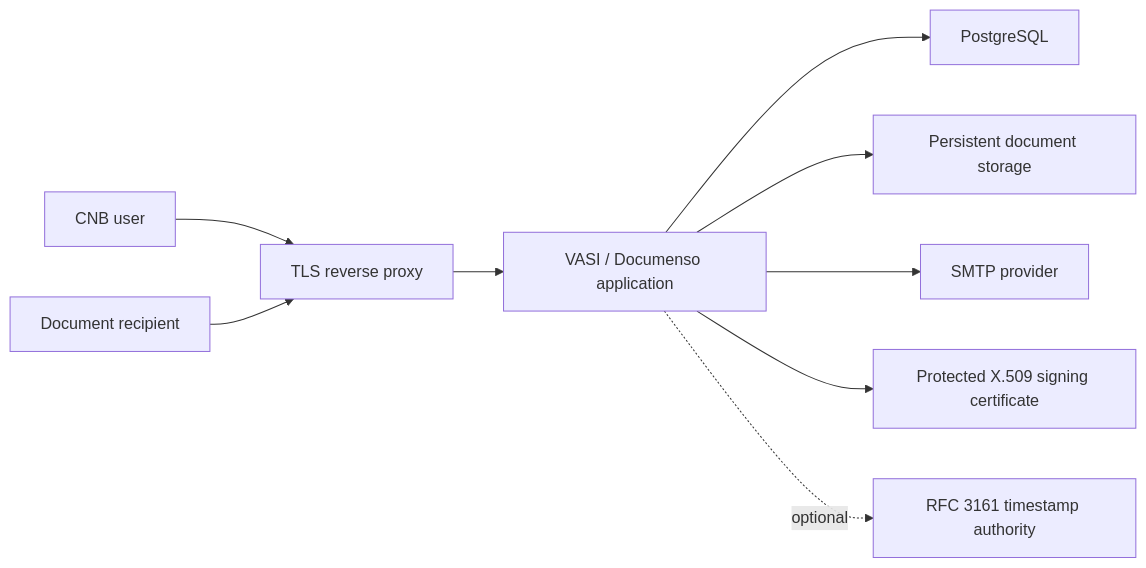
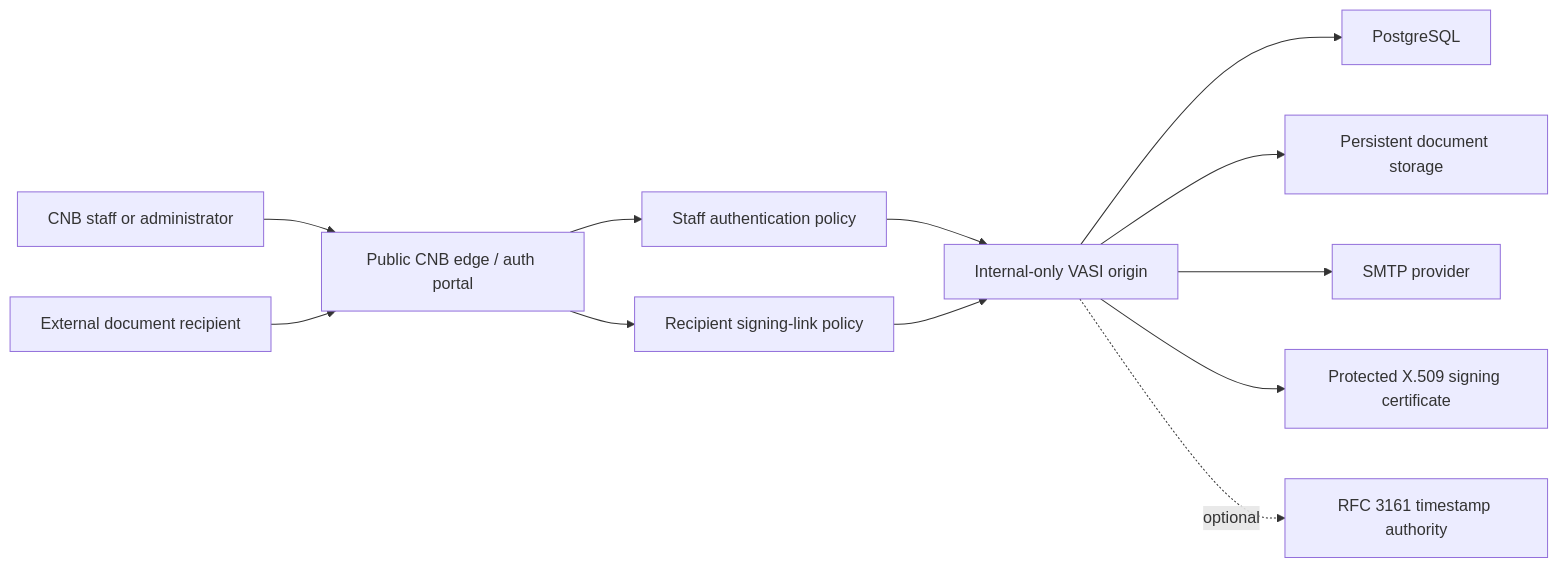
One commit to AznIronMan/VASI changed the diagram in docs/architecture.md. Above: the diagram before and after it, drawn with Mermaid. The commit also changed other lines of this file and 9 other files, not shown here.

Commit message:
Document edge auth and private VASI origin

````diff
--- a/docs/architecture.md
+++ b/docs/architecture.md
@@ -6,11 +6,14 @@
 ```mermaid
 flowchart LR
-  User["CNB user"] --> Proxy["TLS reverse proxy"]
-  Signer["Document recipient"] --> Proxy
-  Proxy --> App["VASI / Documenso application"]
-  App --> DB["PostgreSQL"]
-  App --> Store["Persistent document storage"]
-  App --> SMTP["SMTP provider"]
-  App --> Cert["Protected X.509 signing certificate"]
-  App -. optional .-> TSA["RFC 3161 timestamp authority"]
+  Staff["CNB staff or administrator"] --> Edge["Public CNB edge / auth portal"]
+  Signer["External document recipient"] --> Edge
+  Edge --> StaffPolicy["Staff authentication policy"]
+  Edge --> SignerPolicy["Recipient signing-link policy"]
+  StaffPolicy --> Origin["Internal-only VASI origin"]
+  SignerPolicy --> Origin
+  Origin --> DB["PostgreSQL"]
+  Origin --> Store["Persistent document storage"]
+  Origin --> SMTP["SMTP provider"]
+  Origin --> Cert["Protected X.509 signing certificate"]
+  Origin -. optional .-> TSA["RFC 3161 timestamp authority"]
 ```
````
